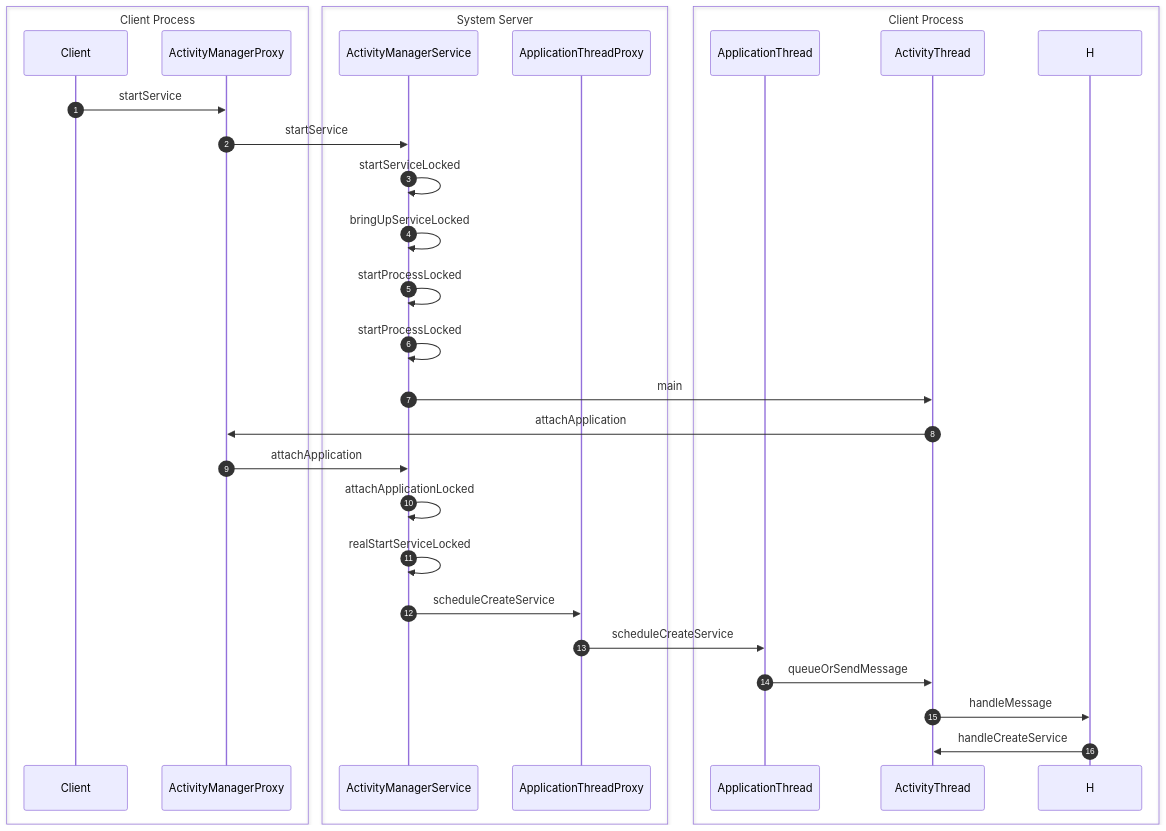
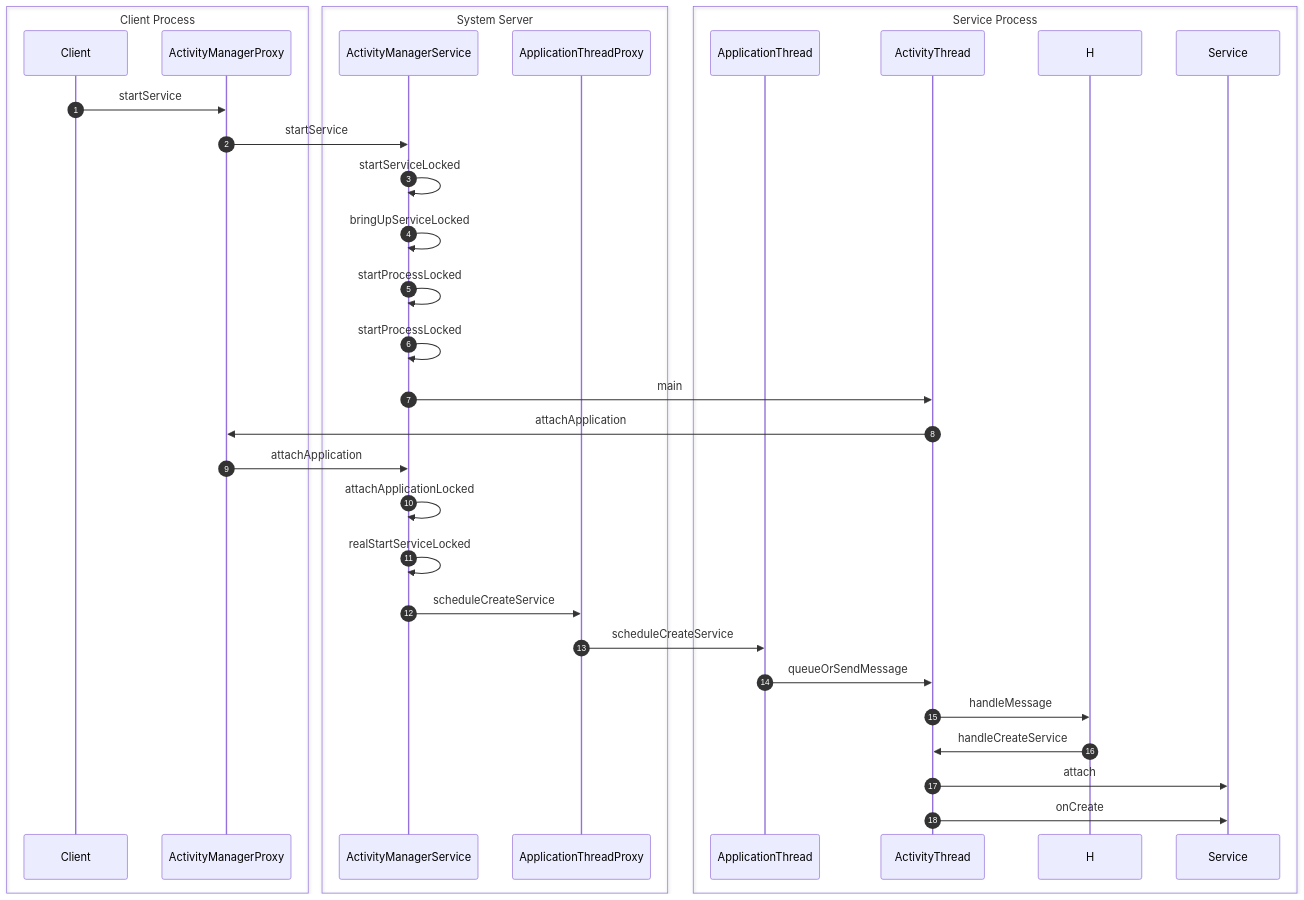
One commit to braisedp/braisedp.github.io changed the diagram in _posts/2025-6-27-service_launch.md. Above: the diagram before and after it, drawn with Mermaid. The commit also changed 1 other file, not shown here.

Commit message:
edit activity launch

````diff
--- a/_posts/2025-6-27-service_launch.md
+++ b/_posts/2025-6-27-service_launch.md
@@ -17,41 +17,44 @@
 ```mermaid
 sequenceDiagram
     autonumber
 
     box Client Process
 
     participant Client
     participant ActivityManagerProxy
 
     end 
 
     box System Server
     participant ActivityManagerService
     participant ApplicationThreadProxy
     end
 
-    box Client Process
+    box Service Process
 
     participant ApplicationThread
     participant ActivityThread
     participant H
+    participant Service
 
     end
 
     Client->>ActivityManagerProxy: startService
     ActivityManagerProxy->>ActivityManagerService: startService
     ActivityManagerService->>ActivityManagerService: startServiceLocked
     ActivityManagerService->>ActivityManagerService: bringUpServiceLocked
     ActivityManagerService->>ActivityManagerService: startProcessLocked
     ActivityManagerService->>ActivityManagerService: startProcessLocked
     ActivityManagerService->>ActivityThread: main
     ActivityThread->>ActivityManagerProxy: attachApplication
     ActivityManagerProxy->>ActivityManagerService: attachApplication
     ActivityManagerService->>ActivityManagerService: attachApplicationLocked
     ActivityManagerService->>ActivityManagerService: realStartServiceLocked
     ActivityManagerService->>ApplicationThreadProxy: scheduleCreateService
     ApplicationThreadProxy->>ApplicationThread: scheduleCreateService
     ApplicationThread->>ActivityThread: queueOrSendMessage
     ActivityThread->>H: handleMessage
     H->>ActivityThread: handleCreateService
+    ActivityThread->>Service: attach
+    ActivityThread->>Service: onCreate
 ```
````
